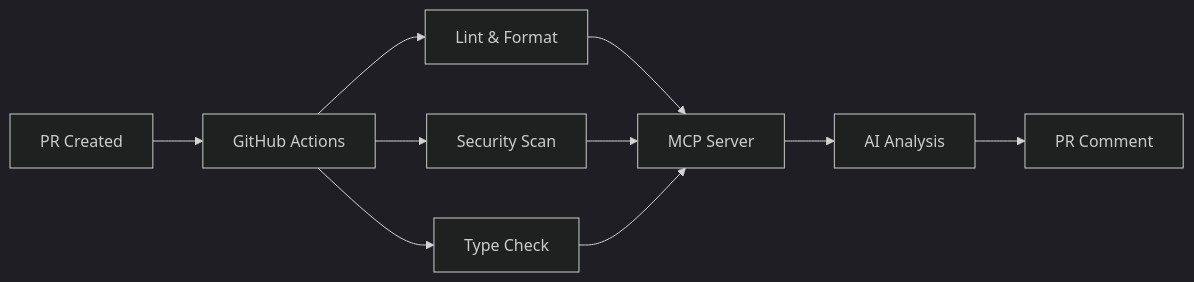
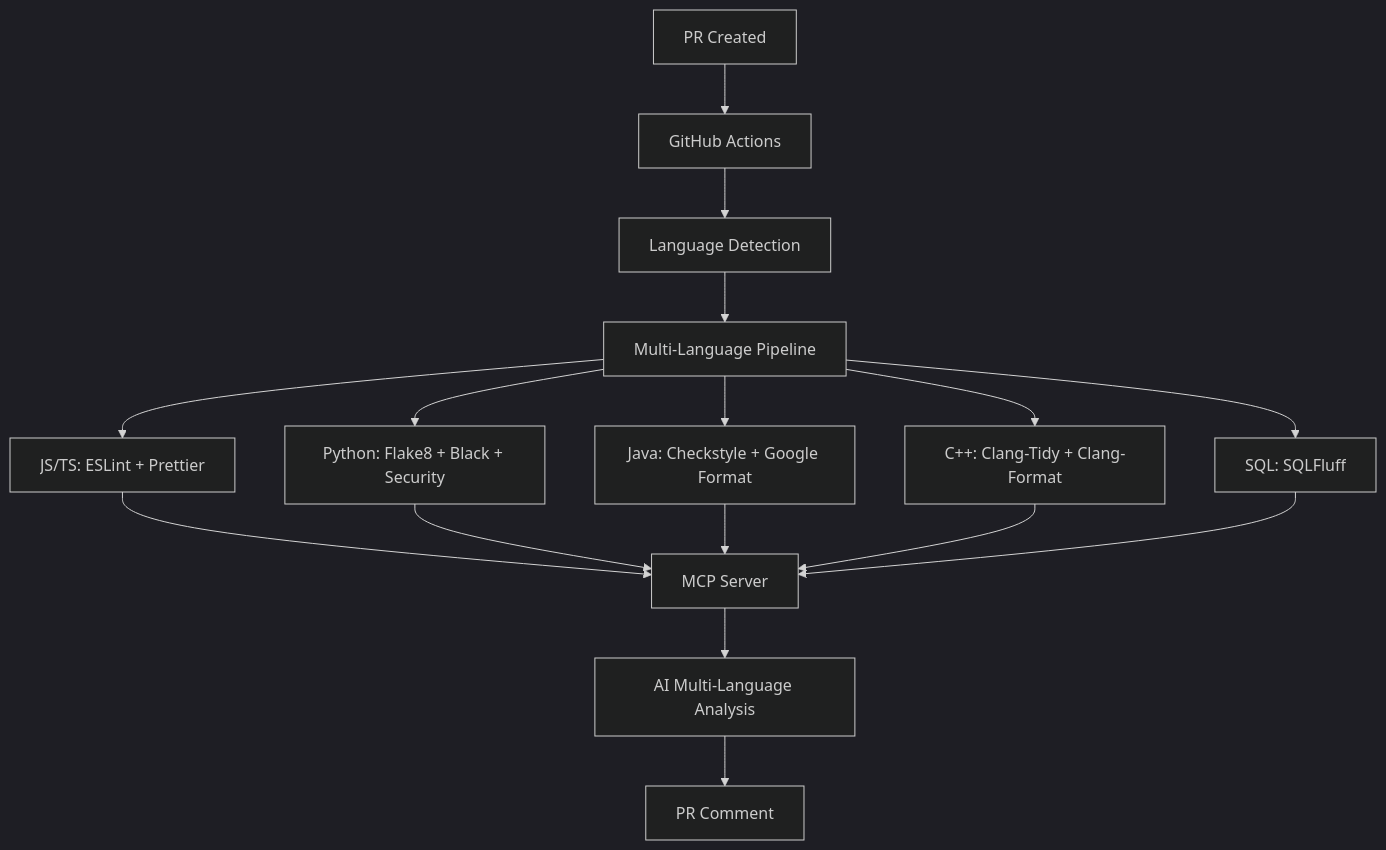
Before and after one commit to itsgeorgema/github-pr-automation: the diagram in README.md, drawn with Mermaid (dark theme). The commit also changed other lines of this file and 11 other files, not shown here.

Commit message:
add multi-language support by implementing linters and formatters for other langs like cpp, python, java, sql

````diff
--- a/README.md
+++ b/README.md
@@ -17,12 +18,18 @@
 ```mermaid
-graph LR
+graph TD
     A[PR Created] --> B[GitHub Actions]
-    B --> C[Lint & Format]
-    B --> D[Security Scan]
-    B --> E[Type Check]
-    C --> F[MCP Server]
-    D --> F
-    E --> F
-    F --> G[AI Analysis]
-    G --> H[PR Comment]
+    B --> C[Language Detection]
+    C --> D[Multi-Language Pipeline]
+    D --> E[JS/TS: ESLint + Prettier]
+    D --> F[Python: Flake8 + Black + Security]
+    D --> G[Java: Checkstyle + Google Format]
+    D --> H[C++: Clang-Tidy + Clang-Format]
+    D --> I[SQL: SQLFluff]
+    E --> J[MCP Server]
+    F --> J
+    G --> J
+    H --> J
+    I --> J
+    J --> K[AI Multi-Language Analysis]
+    K --> L[PR Comment]
 ```
````
